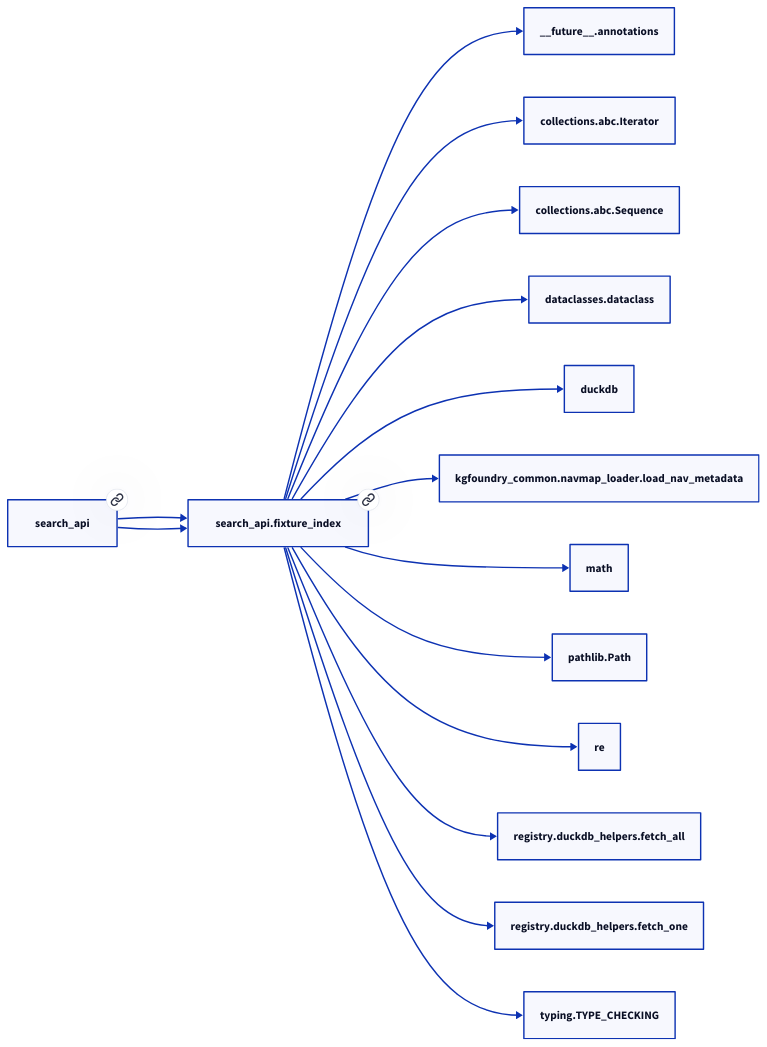
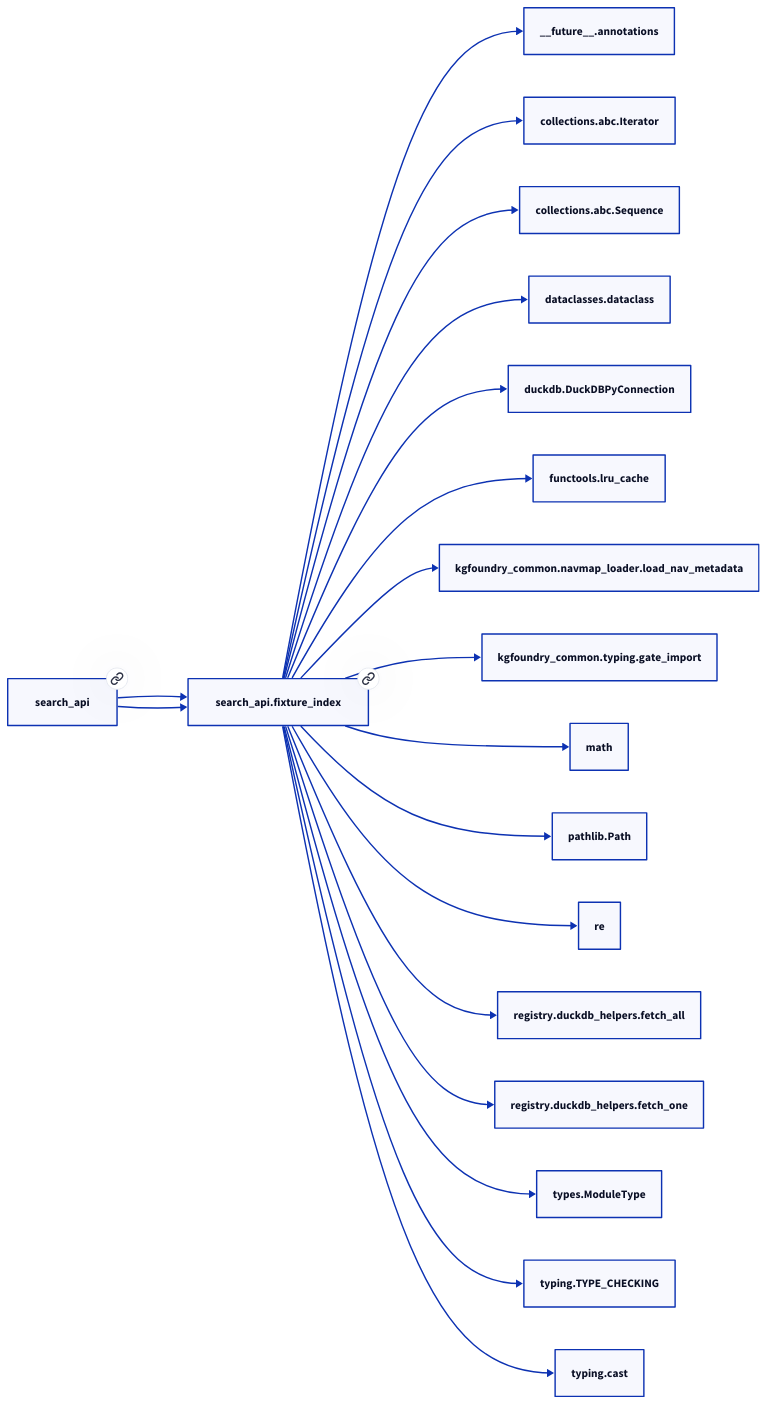
Before and after one commit to paul-heyse/kgforge: the second of 2 diagrams in docs/modules/search_api/fixture_index.md, drawn with D2. The commit also changed other lines of this file and 107 other files, not shown here.

````diff
--- a/docs/modules/search_api/fixture_index.md
+++ b/docs/modules/search_api/fixture_index.md
@@ -56,31 +61,39 @@
 ```d2
 direction: right
 "search_api.fixture_index": "search_api.fixture_index" { link: "https://github.com/paul-heyse/kgfoundry/blob/main/src/search_api/fixture_index.py" }
 "__future__.annotations": "__future__.annotations"
 "search_api.fixture_index" -> "__future__.annotations"
 "collections.abc.Iterator": "collections.abc.Iterator"
 "search_api.fixture_index" -> "collections.abc.Iterator"
 "collections.abc.Sequence": "collections.abc.Sequence"
 "search_api.fixture_index" -> "collections.abc.Sequence"
 "dataclasses.dataclass": "dataclasses.dataclass"
 "search_api.fixture_index" -> "dataclasses.dataclass"
-"duckdb": "duckdb"
-"search_api.fixture_index" -> "duckdb"
+"duckdb.DuckDBPyConnection": "duckdb.DuckDBPyConnection"
+"search_api.fixture_index" -> "duckdb.DuckDBPyConnection"
+"functools.lru_cache": "functools.lru_cache"
+"search_api.fixture_index" -> "functools.lru_cache"
 "kgfoundry_common.navmap_loader.load_nav_metadata": "kgfoundry_common.navmap_loader.load_nav_metadata"
 "search_api.fixture_index" -> "kgfoundry_common.navmap_loader.load_nav_metadata"
+"kgfoundry_common.typing.gate_import": "kgfoundry_common.typing.gate_import"
+"search_api.fixture_index" -> "kgfoundry_common.typing.gate_import"
 "math": "math"
 "search_api.fixture_index" -> "math"
 "pathlib.Path": "pathlib.Path"
 "search_api.fixture_index" -> "pathlib.Path"
 "re": "re"
 "search_api.fixture_index" -> "re"
 "registry.duckdb_helpers.fetch_all": "registry.duckdb_helpers.fetch_all"
 "search_api.fixture_index" -> "registry.duckdb_helpers.fetch_all"
 "registry.duckdb_helpers.fetch_one": "registry.duckdb_helpers.fetch_one"
 "search_api.fixture_index" -> "registry.duckdb_helpers.fetch_one"
+"types.ModuleType": "types.ModuleType"
+"search_api.fixture_index" -> "types.ModuleType"
 "typing.TYPE_CHECKING": "typing.TYPE_CHECKING"
 "search_api.fixture_index" -> "typing.TYPE_CHECKING"
+"typing.cast": "typing.cast"
+"search_api.fixture_index" -> "typing.cast"
 "search_api": "search_api" { link: "https://github.com/paul-heyse/kgfoundry/blob/main/src/search_api/__init__.py" }
 "search_api" -> "search_api.fixture_index"
 "search_api" -> "search_api.fixture_index" { style: dashed }
 ```
````
